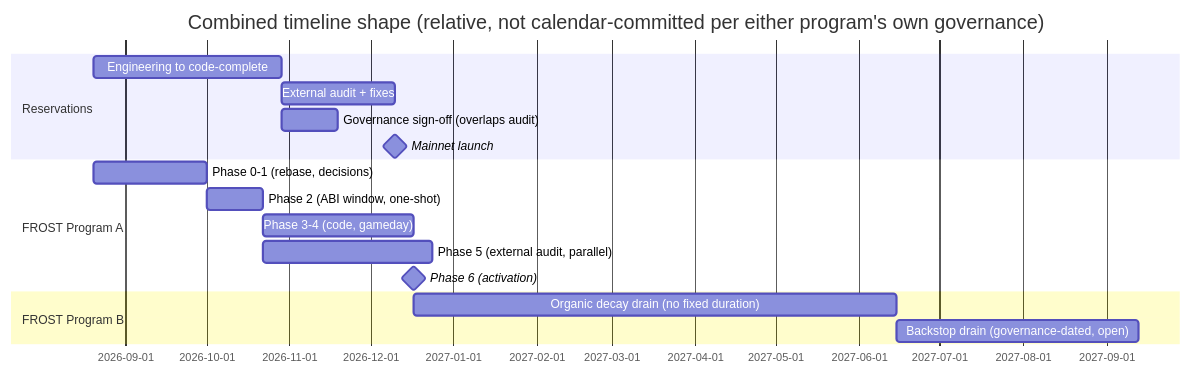
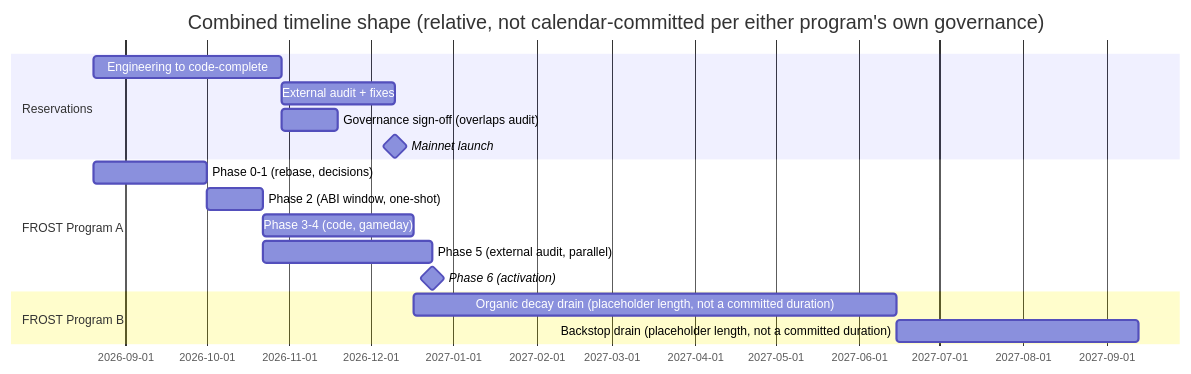
The diagram in docs/spec/reservations/frost-reservations-interaction.md (threshold-network/keep-core), drawn with Mermaid before and after one commit. The commit also changed other lines of this file and 33 other files, not shown here.

````diff
--- a/docs/spec/reservations/frost-reservations-interaction.md
+++ b/docs/spec/reservations/frost-reservations-interaction.md
@@ -182,19 +217,19 @@
 ```mermaid
 gantt
     dateFormat  YYYY-MM-DD
     title Combined timeline shape (relative, not calendar-committed per either program's own governance)
     section Reservations
     Engineering to code-complete       :res1, 2026-08-20, 70d
     External audit + fixes             :res2, after res1, 42d
     Governance sign-off (overlaps audit) :res3, after res1, 21d
     Mainnet launch                     :milestone, after res2, 0d
     section FROST Program A
     Phase 0-1 (rebase, decisions)      :fa1, 2026-08-20, 42d
     Phase 2 (ABI window, one-shot)     :fa2, after fa1, 21d
     Phase 3-4 (code, gameday)          :fa3, after fa2, 56d
     Phase 5 (external audit, parallel) :fa4, after fa2, 63d
-    Phase 6 (activation)               :milestone, after fa3, 0d
+    Phase 6 (activation)               :milestone, after fa3 fa4, 0d
     section FROST Program B
-    Organic decay drain (no fixed duration) :fb1, after fa3, 180d
-    Backstop drain (governance-dated, open) :fb2, after fb1, 90d
+    Organic decay drain (placeholder length, not a committed duration) :fb1, after fa3, 180d
+    Backstop drain (placeholder length, not a committed duration)      :fb2, after fb1, 90d
 ```
````
